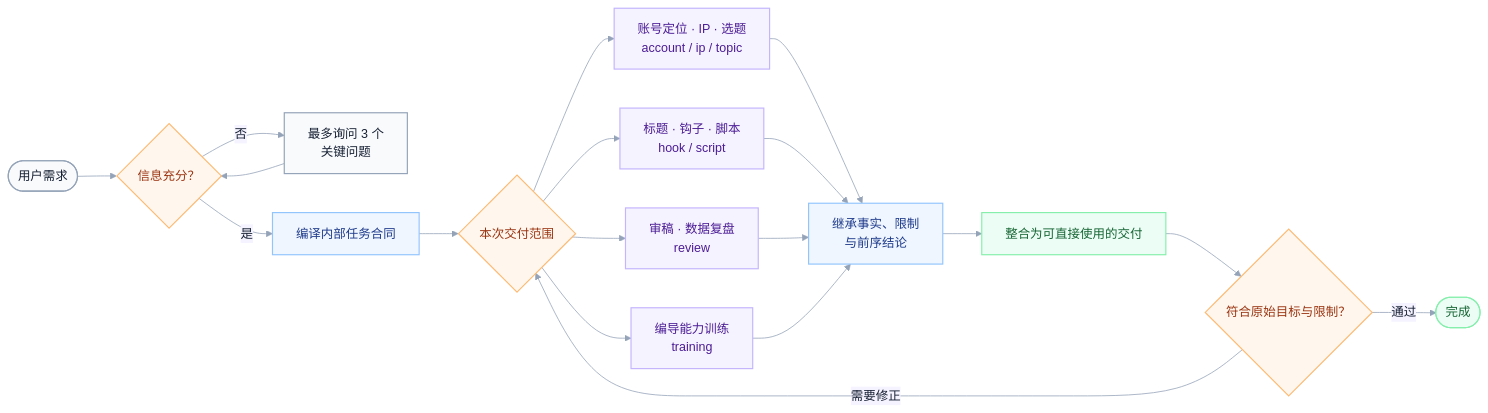
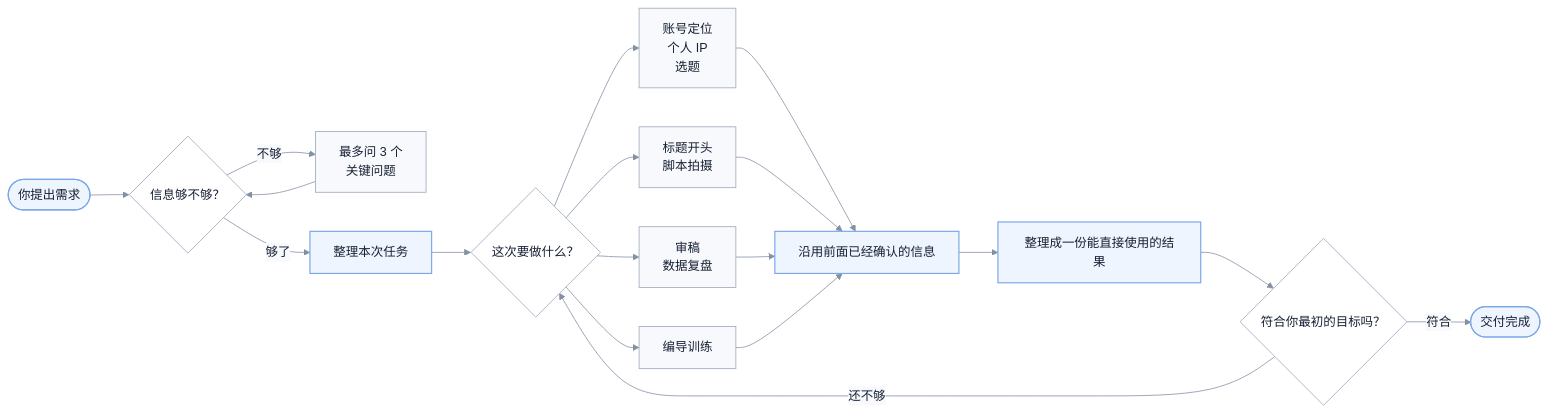
Before and after one commit to Eliotcute/human-best-video-director: the diagram in README.md, drawn with Mermaid. The commit also changed other lines of this file and 2 other files, not shown here.

````diff
--- a/README.md
+++ b/README.md
@@ -163,28 +72,30 @@
 ```mermaid
-%%{init: {"theme":"base","themeVariables":{"background":"#ffffff","primaryColor":"#eff6ff","primaryTextColor":"#172033","primaryBorderColor":"#93c5fd","lineColor":"#94a3b8","secondaryColor":"#f5f3ff","tertiaryColor":"#ecfdf5","fontFamily":"-apple-system, BlinkMacSystemFont, Segoe UI, sans-serif"},"flowchart":{"curve":"basis"}}}%%
+%%{init: {"theme":"base","themeVariables":{"background":"#ffffff","primaryColor":"#eef5ff","primaryTextColor":"#172033","primaryBorderColor":"#7aa7e8","lineColor":"#8290a3","secondaryColor":"#f7f9fc","tertiaryColor":"#ffffff","fontFamily":"-apple-system, BlinkMacSystemFont, Segoe UI, sans-serif"},"flowchart":{"curve":"basis"}}}%%
 flowchart LR
-    U(["用户需求"]) --> G{"信息充分？"}
-    G -- "否" --> Q["最多询问 3 个<br/>关键问题"] --> G
-    G -- "是" --> B["编译内部任务合同"]
-    B --> R{"本次交付范围"}
-    R --> A["账号定位 · IP · 选题<br/>account / ip / topic"]
-    R --> C["标题 · 钩子 · 脚本<br/>hook / script"]
-    R --> D["审稿 · 数据复盘<br/>review"]
-    R --> T["编导能力训练<br/>training"]
-    A & C & D & T --> H["继承事实、限制<br/>与前序结论"]
-    H --> O["整合为可直接使用的交付"]
-    O --> V{"符合原始目标与限制？"}
-    V -- "需要修正" --> R
-    V -- "通过" --> Z(["完成"])
+    U(["你提出需求"]) --> G{"信息够不够？"}
+    G -- "不够" --> Q["最多问 3 个<br/>关键问题"]
+    Q --> G
+    G -- "够了" --> B["整理本次任务"]
 
-    classDef entry fill:#f8fafc,stroke:#94a3b8,color:#172033,stroke-width:1.5px;
-    classDef decision fill:#fff7ed,stroke:#fdba74,color:#9a3412,stroke-width:1.5px;
-    classDef contract fill:#eff6ff,stroke:#93c5fd,color:#1e3a8a,stroke-width:1.5px;
-    classDef skill fill:#f5f3ff,stroke:#c4b5fd,color:#4c1d95,stroke-width:1.5px;
-    classDef result fill:#ecfdf5,stroke:#86efac,color:#166534,stroke-width:1.5px;
-    class U,Q entry;
-    class G,R,V decision;
-    class B,H contract;
-    class A,C,D,T skill;
-    class O,Z result;
+    B --> R{"这次要做什么？"}
+    R --> A["账号定位<br/>个人 IP<br/>选题"]
+    R --> C["标题开头<br/>脚本拍摄"]
+    R --> D["审稿<br/>数据复盘"]
+    R --> T["编导训练"]
+
+    A --> H["沿用前面已经确认的信息"]
+    C --> H
+    D --> H
+    T --> H
+    H --> O["整理成一份能直接使用的结果"]
+    O --> V{"符合你最初的目标吗？"}
+    V -- "还不够" --> R
+    V -- "符合" --> Z(["交付完成"])
+
+    classDef main fill:#eef5ff,stroke:#7aa7e8,color:#172033,stroke-width:1.5px;
+    classDef plain fill:#ffffff,stroke:#aab4c3,color:#172033,stroke-width:1.2px;
+    classDef branch fill:#f7f9fc,stroke:#aab4c3,color:#172033,stroke-width:1.2px;
+    class U,B,H,O,Z main;
+    class G,R,V plain;
+    class Q,A,C,D,T branch;
 ```
````
